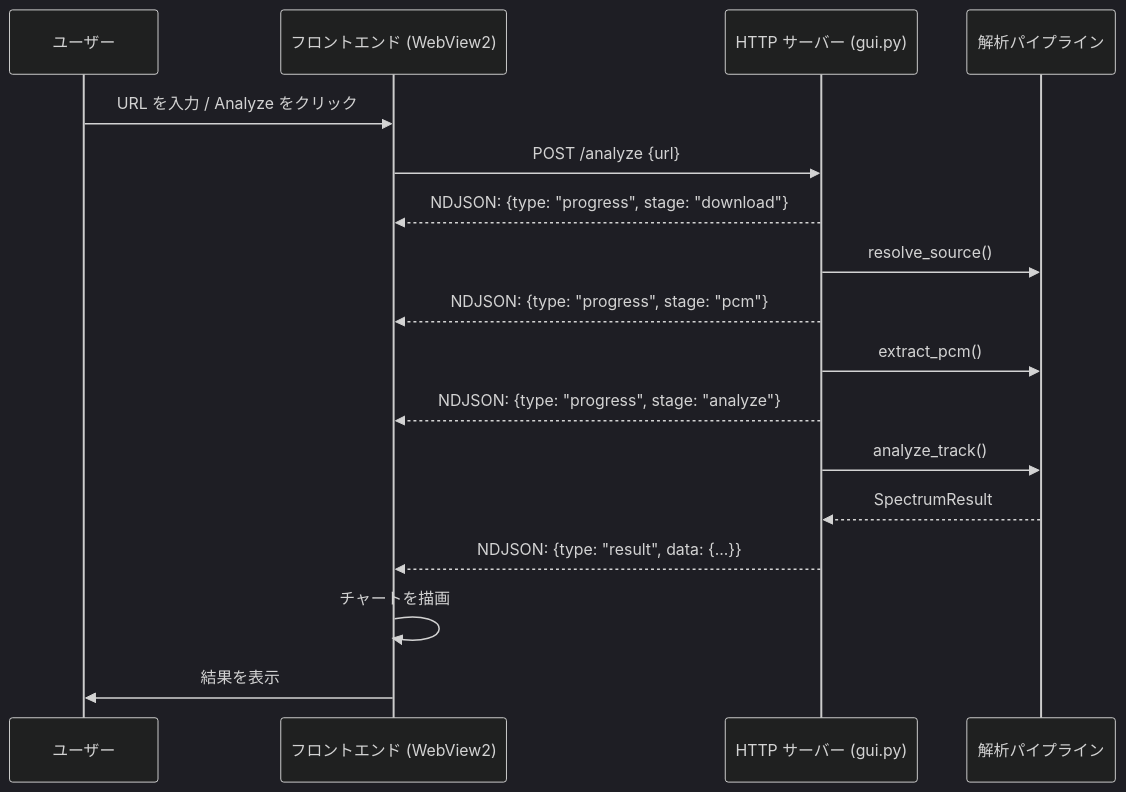
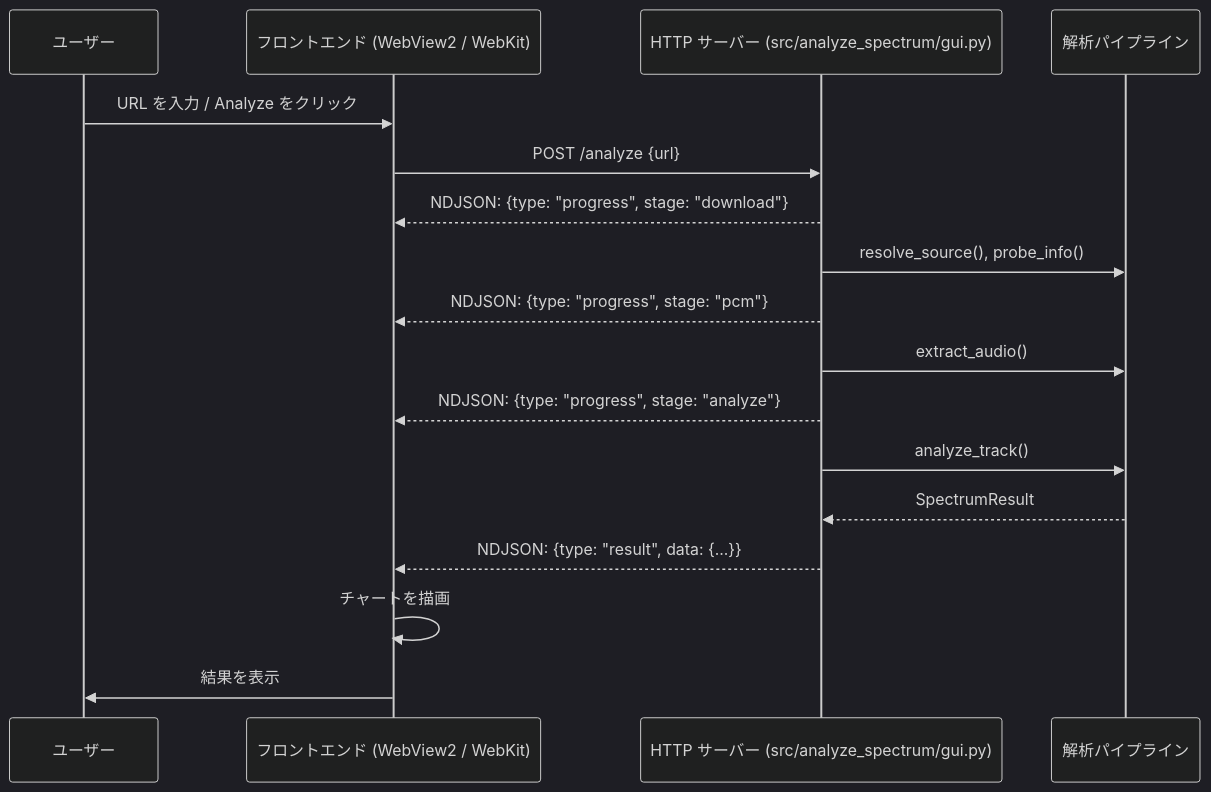
Before and after one commit to semnil/analyze-spectrum: the sixth of 18 diagrams in docs/architecture.ja.md, drawn with Mermaid (dark theme). The commit also changed other lines of this file and 7 other files, not shown here.

````diff
--- a/docs/architecture.ja.md
+++ b/docs/architecture.ja.md
@@ -164,20 +177,20 @@
 ```mermaid
 sequenceDiagram
     participant U as ユーザー
-    participant FE as フロントエンド (WebView2)
-    participant SRV as HTTP サーバー (gui.py)
+    participant FE as フロントエンド (WebView2 / WebKit)
+    participant SRV as HTTP サーバー (src/analyze_spectrum/gui.py)
     participant PIPE as 解析パイプライン
 
     U->>FE: URL を入力 / Analyze をクリック
     FE->>SRV: POST /analyze {url}
     SRV-->>FE: NDJSON: {type: "progress", stage: "download"}
-    SRV->>PIPE: resolve_source()
+    SRV->>PIPE: resolve_source(), probe_info()
     SRV-->>FE: NDJSON: {type: "progress", stage: "pcm"}
-    SRV->>PIPE: extract_pcm()
+    SRV->>PIPE: extract_audio()
     SRV-->>FE: NDJSON: {type: "progress", stage: "analyze"}
     SRV->>PIPE: analyze_track()
     PIPE-->>SRV: SpectrumResult
     SRV-->>FE: NDJSON: {type: "result", data: {...}}
     FE->>FE: チャートを描画
     FE->>U: 結果を表示
 ```
````
